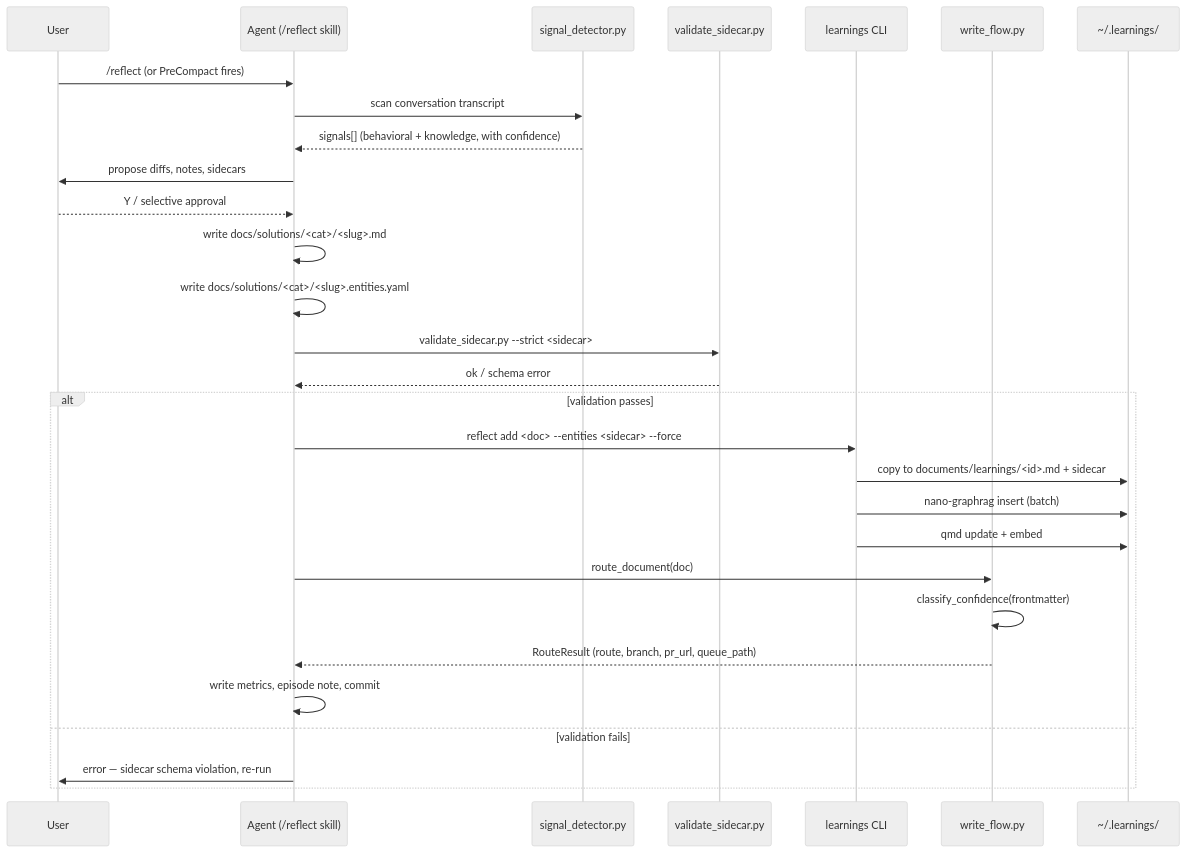
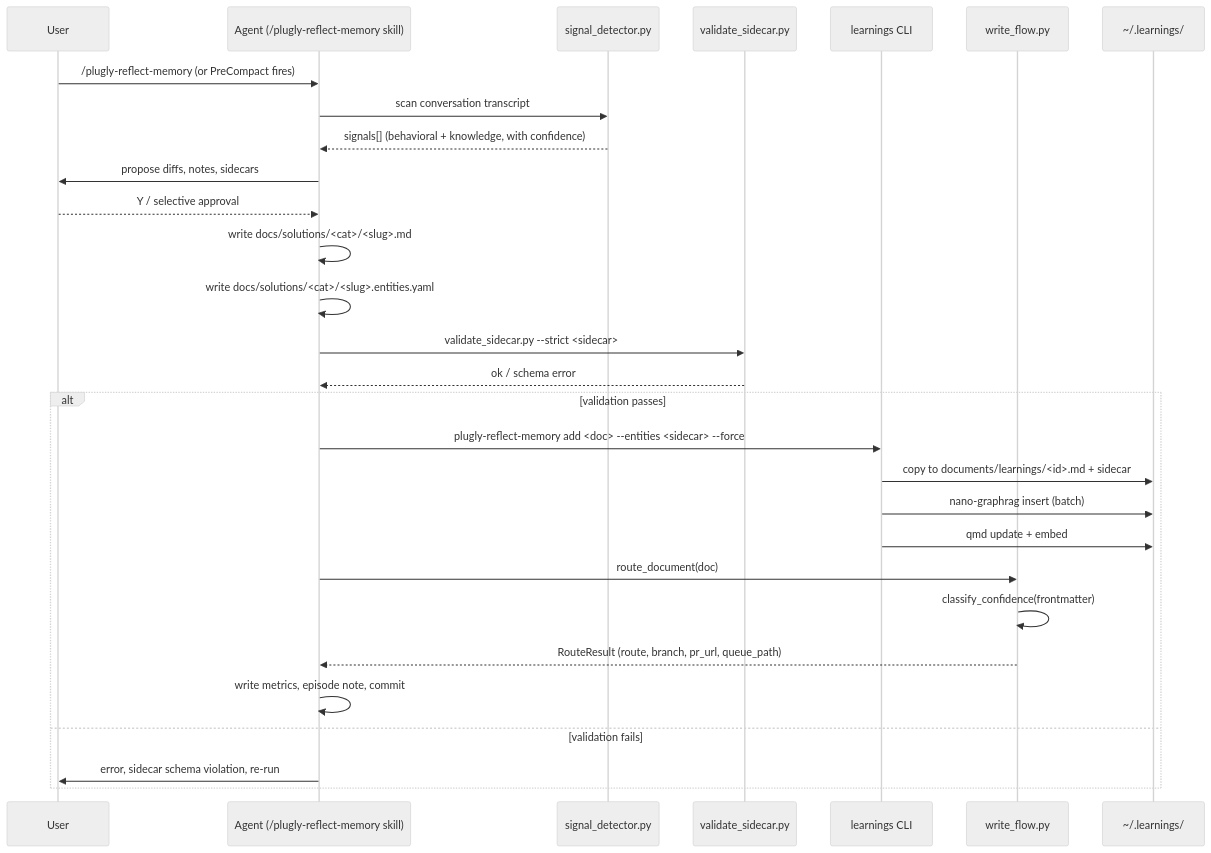
The second of 6 diagrams in plugin/docs/architecture.md (stevengonsalvez/ainb-reflect-memory), drawn with Mermaid (neutral theme) before and after one commit. The commit also changed other lines of this file and 12 other files, not shown here.

````diff
--- a/plugin/docs/architecture.md
+++ b/plugin/docs/architecture.md
@@ -307,32 +307,32 @@
 ```mermaid
 sequenceDiagram
     participant U as User
-    participant A as Agent (/reflect skill)
+    participant A as Agent (/plugly-reflect-memory skill)
     participant SD as signal_detector.py
     participant V as validate_sidecar.py
     participant LC as learnings CLI
     participant WF as write_flow.py
     participant KB as ~/.learnings/
 
-    U->>A: /reflect (or PreCompact fires)
+    U->>A: /plugly-reflect-memory (or PreCompact fires)
     A->>SD: scan conversation transcript
     SD-->>A: signals[] (behavioral + knowledge, with confidence)
     A->>U: propose diffs, notes, sidecars
     U-->>A: Y / selective approval
     A->>A: write docs/solutions/<cat>/<slug>.md
     A->>A: write docs/solutions/<cat>/<slug>.entities.yaml
     A->>V: validate_sidecar.py --strict <sidecar>
     V-->>A: ok / schema error
     alt validation passes
-        A->>LC: reflect add <doc> --entities <sidecar> --force
+        A->>LC: plugly-reflect-memory add <doc> --entities <sidecar> --force
         LC->>KB: copy to documents/learnings/<id>.md + sidecar
         LC->>KB: nano-graphrag insert (batch)
         LC->>KB: qmd update + embed
         A->>WF: route_document(doc)
         WF->>WF: classify_confidence(frontmatter)
         WF-->>A: RouteResult (route, branch, pr_url, queue_path)
         A->>A: write metrics, episode note, commit
     else validation fails
-        A->>U: error — sidecar schema violation, re-run
+        A->>U: error, sidecar schema violation, re-run
     end
 ```
````
